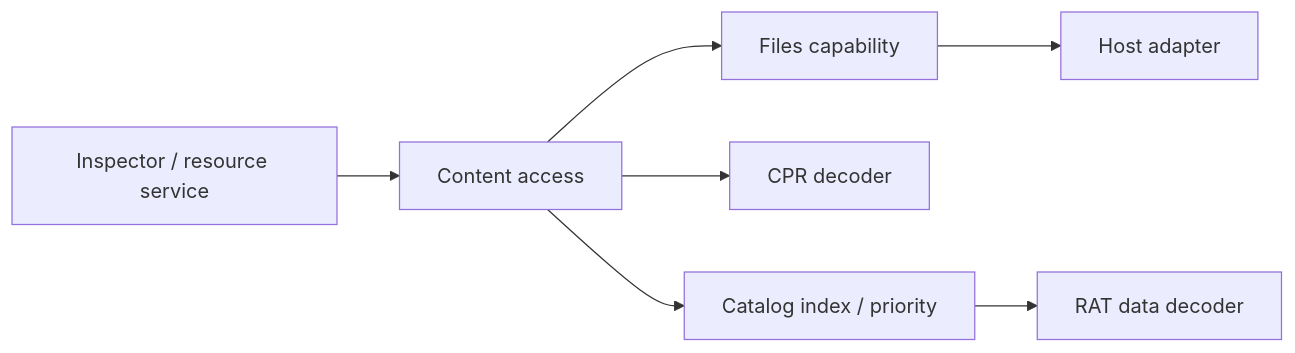
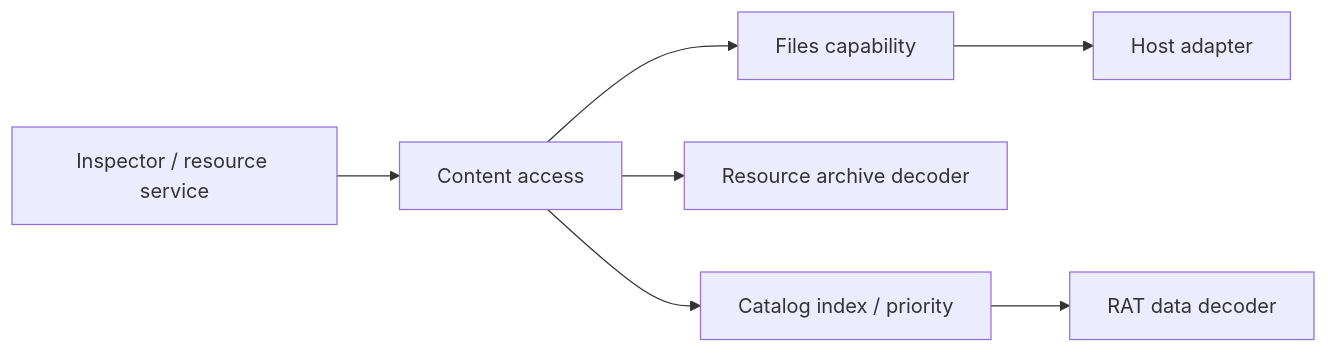
Before and after one commit to plainsight-systems/bullet-witch: the second of 2 diagrams in docs/resources.md, drawn with Mermaid. The commit also changed other lines of this file and 28 other files, not shown here.

````diff
--- a/docs/resources.md
+++ b/docs/resources.md
@@ -204,9 +204,9 @@
 ```mermaid
 flowchart LR
   Caller[Inspector / resource service] --> Content[Content access]
   Content --> Files[Files capability]
   Files --> Host[Host adapter]
-  Content --> CPR[CPR decoder]
+  Content --> CPR[Resource archive decoder]
   Content --> Catalog[Catalog index / priority]
   Catalog --> RAT[RAT data decoder]
 ```
````
